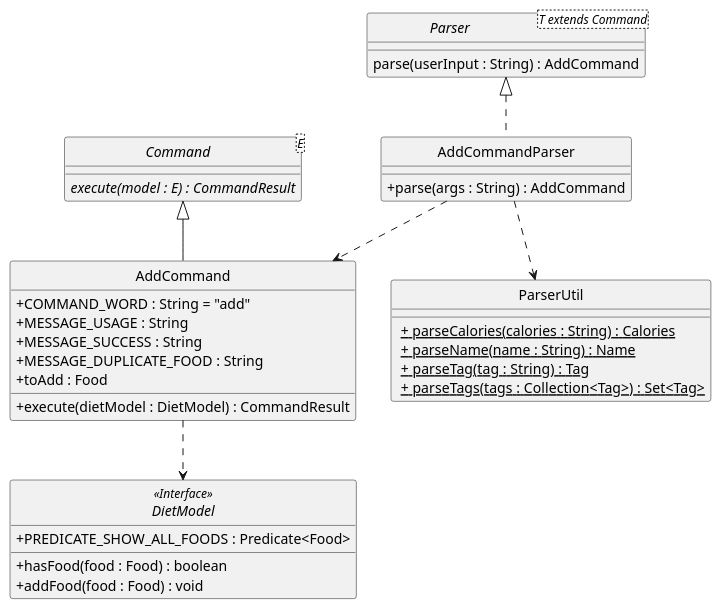
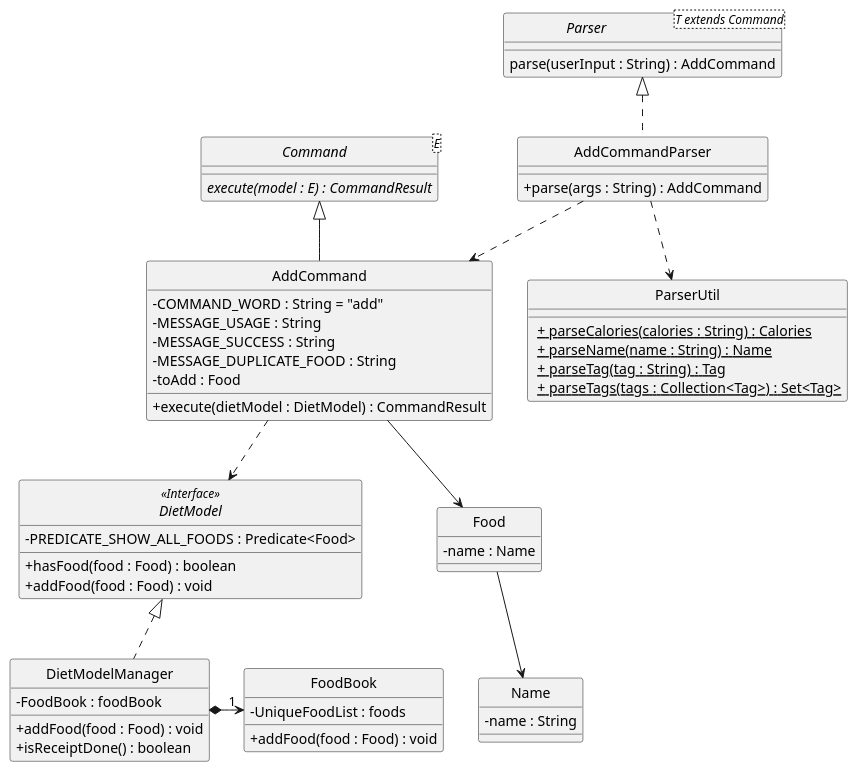
Before and after one commit to nus-cs2103-AY1920S2/addressbook-level3: the diagram in docs/diagrams/DietTrackerAddCommandClassDiagram.puml, drawn with PlantUML. The commit also changed 7 other files, not shown here.

Commit message:
Update class diagrams

```diff
--- a/docs/diagrams/DietTrackerAddCommandClassDiagram.puml
+++ b/docs/diagrams/DietTrackerAddCommandClassDiagram.puml
@@ -1,58 +1,84 @@
 @startuml
 /' @author @akhilvuputuri'/
 /' Got inspiration and adapted
 from https://github.com/AY1920S2-CS2103T-W12-1/main/blob/master/docs/images/DeliveredClassDiagram.png '/
 
 skinparam backgroundColor #ffffff
 skinparam classAttributeIconSize 0
 hide circle
 
 
 class AddCommandParser implements Parser {
     /' Methods '/
     + parse(args : String) : AddCommand
 }
 
 interface Parser<T extends Command> {
     parse(userInput : String) : AddCommand
 }
 
 abstract class Command<E> {
     {abstract} execute(model : E) : CommandResult
 }
 
 class AddCommand extends Command {
     /' Fields '/
-    + COMMAND_WORD : String = "add"
-    + MESSAGE_USAGE : String
-    + MESSAGE_SUCCESS : String
-    + MESSAGE_DUPLICATE_FOOD : String
-    + toAdd : Food
+    - COMMAND_WORD : String = "add"
+    - MESSAGE_USAGE : String
+    - MESSAGE_SUCCESS : String
+    - MESSAGE_DUPLICATE_FOOD : String
+    - toAdd : Food
 
     /' Methods '/
     + execute(dietModel : DietModel) : CommandResult
 
 }
 
 interface DietModel <<Interface>> {
-    + PREDICATE_SHOW_ALL_FOODS : Predicate<Food>
+    - PREDICATE_SHOW_ALL_FOODS : Predicate<Food>
 
     + hasFood(food : Food) : boolean
     + addFood(food : Food) : void
 }
 
 class ParserUtil {
     <u> + parseCalories(calories : String) : Calories
     <u> + parseName(name : String) : Name
     <u> + parseTag(tag : String) : Tag
     <u> + parseTags(tags : Collection<Tag>) : Set<Tag>
 }
 
+class DietModelManager implements DietModel {
+    /' Fields '/
+    - FoodBook : foodBook
+
+    /' Methods '/
+    + addFood(food : Food) : void
+    + isReceiptDone() : boolean
+}
+
+class Food {
+    - name : Name
+}
+
+class FoodBook {
+    /' Fields '/
+    - UniqueFoodList : foods
+
+    /' Methods '/
+    + addFood(food : Food) : void
+}
+
+class Name {
+    - name : String
+}
 
 
 AddCommandParser ..> AddCommand
 AddCommandParser ..> ParserUtil
 AddCommand ..> DietModel
-
+AddCommand --> Food
+Food --> Name
+DietModelManager *-right->"1" FoodBook
 
 @enduml
```
